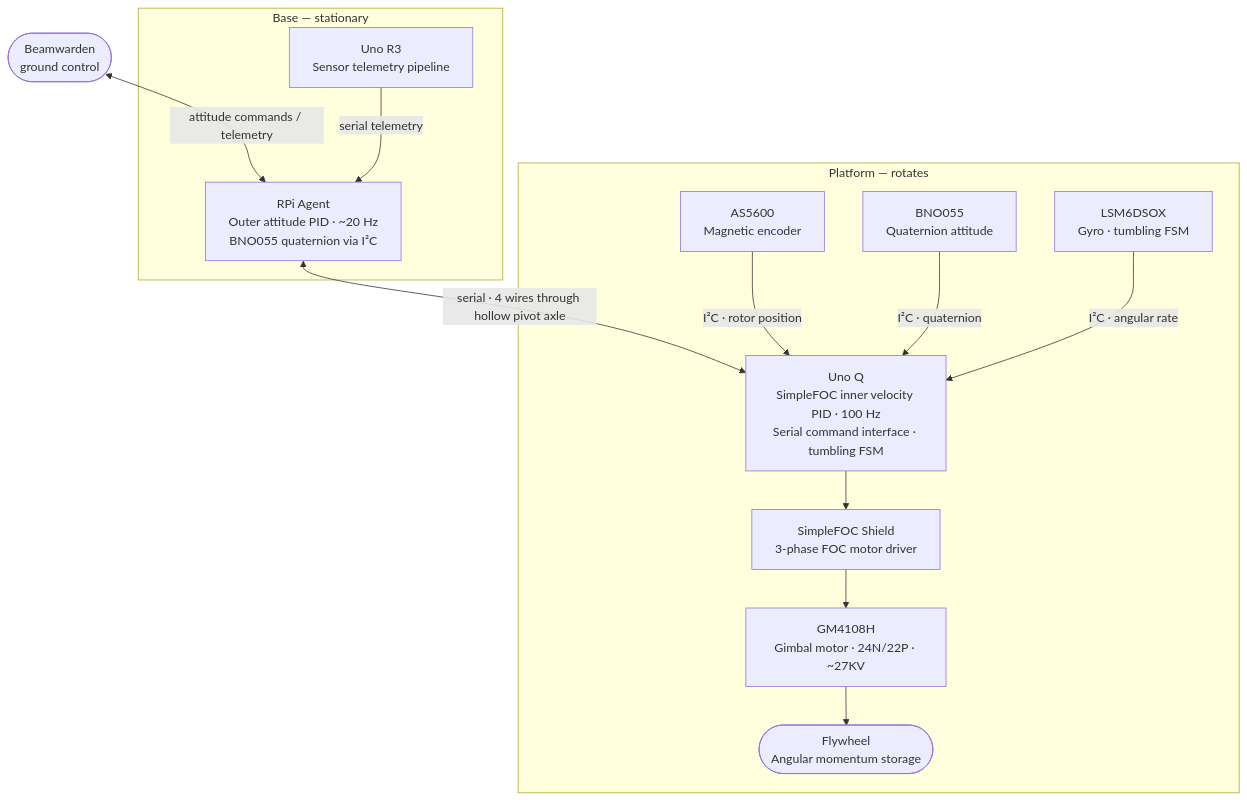
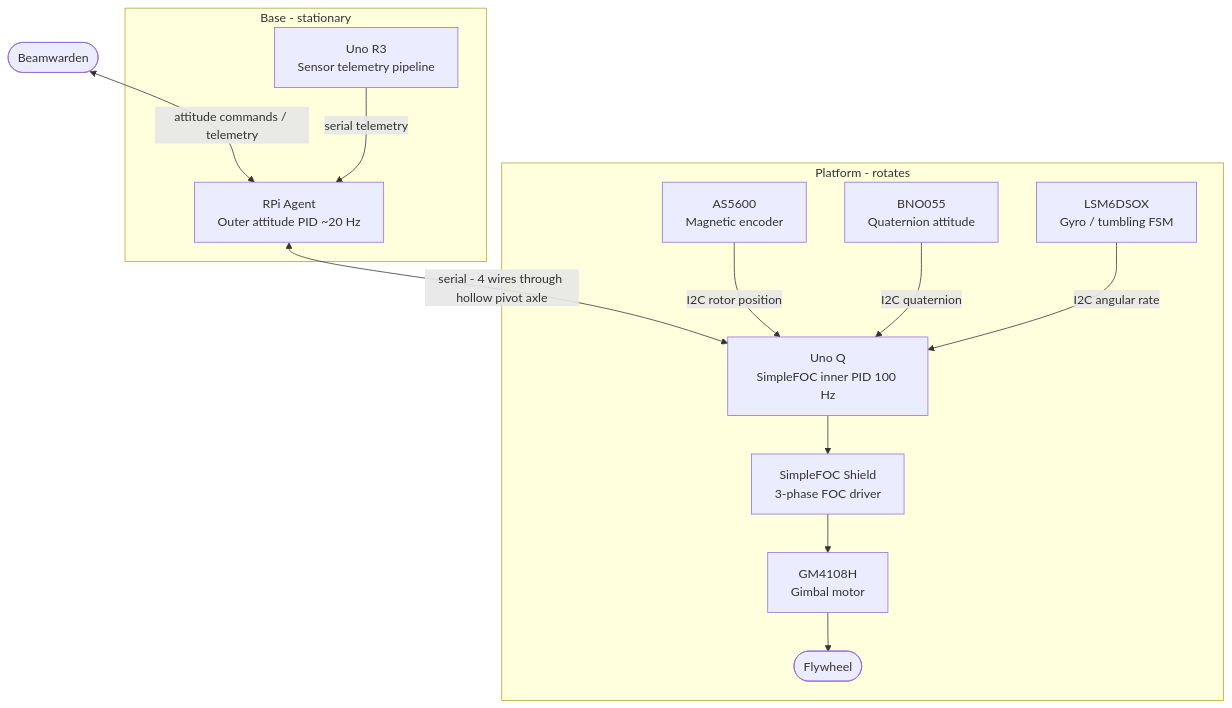
The diagram in docs/adcs-build.md (beamwarden/satlab), drawn with Mermaid before and after one commit.

Commit message:
docs(adcs-build): simplify mermaid diagram for version compatibility
Switch flowchart TD to graph TD; remove special chars (I2C, em-dashes)
and \n escapes that cause parse failures in older Mermaid versions.

````diff
--- a/docs/adcs-build.md
+++ b/docs/adcs-build.md
@@ -92,27 +92,27 @@
 ```mermaid
-flowchart TD
-    BW(["Beamwarden\nground control"])
+graph TD
+    BW([Beamwarden])
 
-    subgraph BASE["Base — stationary"]
-        RPI["RPi Agent\nOuter attitude PID · ~20 Hz\nBNO055 quaternion via I²C"]
-        R3["Uno R3\nSensor telemetry pipeline"]
+    subgraph BASE[Base - stationary]
+        RPI[RPi Agent<br/>Outer attitude PID ~20 Hz]
+        R3[Uno R3<br/>Sensor telemetry pipeline]
     end
 
-    subgraph PLAT["Platform — rotates"]
-        AS["AS5600\nMagnetic encoder"]
-        BN["BNO055\nQuaternion attitude"]
-        LS["LSM6DSOX\nGyro · tumbling FSM"]
-        UQ["Uno Q\nSimpleFOC inner velocity PID · 100 Hz\nSerial command interface · tumbling FSM"]
-        SF["SimpleFOC Shield\n3-phase FOC motor driver"]
-        GM["GM4108H\nGimbal motor · 24N/22P · ~27KV"]
-        FW(["Flywheel\nAngular momentum storage"])
+    subgraph PLAT[Platform - rotates]
+        AS[AS5600<br/>Magnetic encoder]
+        BN[BNO055<br/>Quaternion attitude]
+        LS[LSM6DSOX<br/>Gyro / tumbling FSM]
+        UQ[Uno Q<br/>SimpleFOC inner PID 100 Hz]
+        SF[SimpleFOC Shield<br/>3-phase FOC driver]
+        GM[GM4108H<br/>Gimbal motor]
+        FW([Flywheel])
     end
 
-    BW <-->|"attitude commands / telemetry"| RPI
-    RPI <-->|"serial · 4 wires through hollow pivot axle"| UQ
-    R3 -->|"serial telemetry"| RPI
-    AS -->|"I²C · rotor position"| UQ
-    BN -->|"I²C · quaternion"| UQ
-    LS -->|"I²C · angular rate"| UQ
+    BW <-->|attitude commands / telemetry| RPI
+    RPI <-->|serial - 4 wires through hollow pivot axle| UQ
+    R3 -->|serial telemetry| RPI
+    AS -->|I2C rotor position| UQ
+    BN -->|I2C quaternion| UQ
+    LS -->|I2C angular rate| UQ
     UQ --> SF --> GM --> FW
 ```
````
